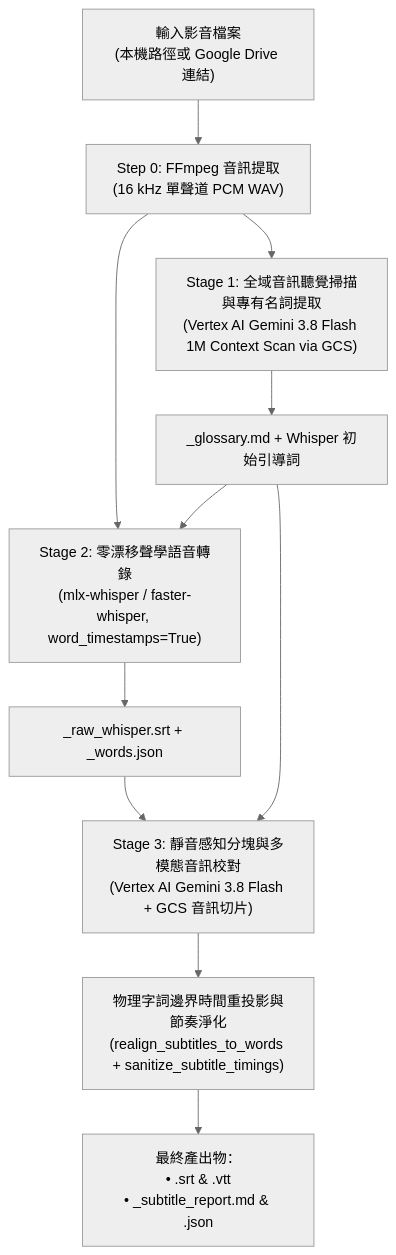
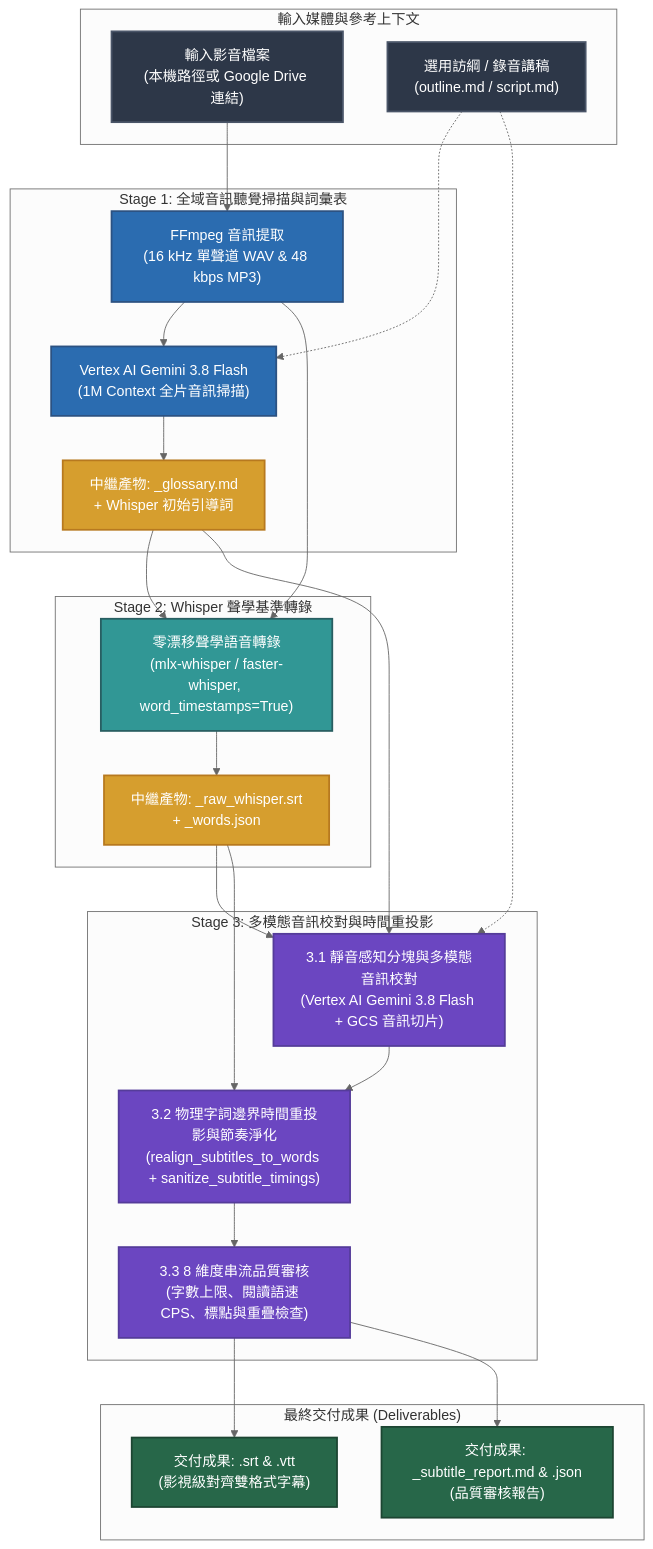
One commit to sylphlin/subtitle-craft changed the diagram in README.zh-TW.md. Above: the diagram before and after it, drawn with Mermaid (neutral theme). The commit also changed 4 other files, not shown here.

Commit message:
docs(readme): add color-coded Mermaid flowcharts for stages, artifacts, and deliverables

````diff
--- a/README.zh-TW.md
+++ b/README.zh-TW.md
@@ -77,13 +77,52 @@
 ```mermaid
 flowchart TD
-    IN["輸入影音檔案<br/>(本機路徑或 Google Drive 連結)"] --> S0["Step 0: FFmpeg 音訊提取<br/>(16 kHz 單聲道 PCM WAV)"]
-    S0 --> S1["Stage 1: 全域音訊聽覺掃描與專有名詞提取<br/>(Vertex AI Gemini 3.8 Flash 1M Context Scan via GCS)"]
-    S1 --> GL["<basename>_glossary.md + Whisper 初始引導詞"]
-    S0 --> S2["Stage 2: 零漂移聲學語音轉錄<br/>(mlx-whisper / faster-whisper, word_timestamps=True)"]
+    classDef inputStyle fill:#2D3748,stroke:#4A5568,stroke-width:2px,color:#fff;
+    classDef stage1Style fill:#2B6CB0,stroke:#2C5282,stroke-width:2px,color:#fff;
+    classDef stage2Style fill:#319795,stroke:#285E61,stroke-width:2px,color:#fff;
+    classDef stage3Style fill:#6B46C1,stroke:#553C9A,stroke-width:2px,color:#fff;
+    classDef artifactStyle fill:#D69E2E,stroke:#B7791F,stroke-width:2px,color:#fff;
+    classDef outputStyle fill:#276749,stroke:#1C4532,stroke-width:2px,color:#fff;
+
+    subgraph Inputs["輸入媒體與參考上下文"]
+        IN["輸入影音檔案<br/>(本機路徑或 Google Drive 連結)"]:::inputStyle
+        REF["選用訪綱 / 錄音講稿<br/>(outline.md / script.md)"]:::inputStyle
+    end
+
+    subgraph Stage1["Stage 1: 全域音訊聽覺掃描與詞彙表"]
+        S0["FFmpeg 音訊提取<br/>(16 kHz 單聲道 WAV & 48 kbps MP3)"]:::stage1Style
+        S1["Vertex AI Gemini 3.8 Flash<br/>(1M Context 全片音訊掃描)"]:::stage1Style
+        GL["中繼產物: <basename>_glossary.md<br/>+ Whisper 初始引導詞"]:::artifactStyle
+    end
+
+    subgraph Stage2["Stage 2: Whisper 聲學基準轉錄"]
+        S2["零漂移聲學語音轉錄<br/>(mlx-whisper / faster-whisper, word_timestamps=True)"]:::stage2Style
+        WD["中繼產物: <basename>_raw_whisper.srt<br/>+ <basename>_words.json"]:::artifactStyle
+    end
+
+    subgraph Stage3["Stage 3: 多模態音訊校對與時間重投影"]
+        S3_1["3.1 靜音感知分塊與多模態音訊校對<br/>(Vertex AI Gemini 3.8 Flash + GCS 音訊切片)"]:::stage3Style
+        S3_2["3.2 物理字詞邊界時間重投影與節奏淨化<br/>(realign_subtitles_to_words + sanitize_subtitle_timings)"]:::stage3Style
+        S3_3["3.3 8 維度串流品質審核<br/>(字數上限、閱讀語速 CPS、標點與重疊檢查)"]:::stage3Style
+    end
+
+    subgraph Deliverables["最終交付成果 (Deliverables)"]
+        OUT_SUB["交付成果: <basename>.srt & <basename>.vtt<br/>(影視級對齊雙格式字幕)"]:::outputStyle
+        OUT_REP["交付成果: <basename>_subtitle_report.md & .json<br/>(品質審核報告)"]:::outputStyle
+    end
+
+    IN --> S0
+    S0 --> S1
+    REF -.-> S1
+    S1 --> GL
+    S0 --> S2
     GL --> S2
-    S2 --> WD["<basename>_raw_whisper.srt + <basename>_words.json"]
-    WD --> S3["Stage 3: 靜音感知分塊與多模態音訊校對<br/>(Vertex AI Gemini 3.8 Flash + GCS 音訊切片)"]
-    GL --> S3
-    S3 --> RP["物理字詞邊界時間重投影與節奏淨化<br/>(realign_subtitles_to_words + sanitize_subtitle_timings)"]
-    RP --> OUT["最終產出物：<br/>• <basename>.srt & <basename>.vtt<br/>• <basename>_subtitle_report.md & .json"]
+    S2 --> WD
+    WD --> S3_1
+    GL --> S3_1
+    REF -.-> S3_1
+    S3_1 --> S3_2
+    WD --> S3_2
+    S3_2 --> S3_3
+    S3_3 --> OUT_SUB
+    S3_3 --> OUT_REP
 ```
````
